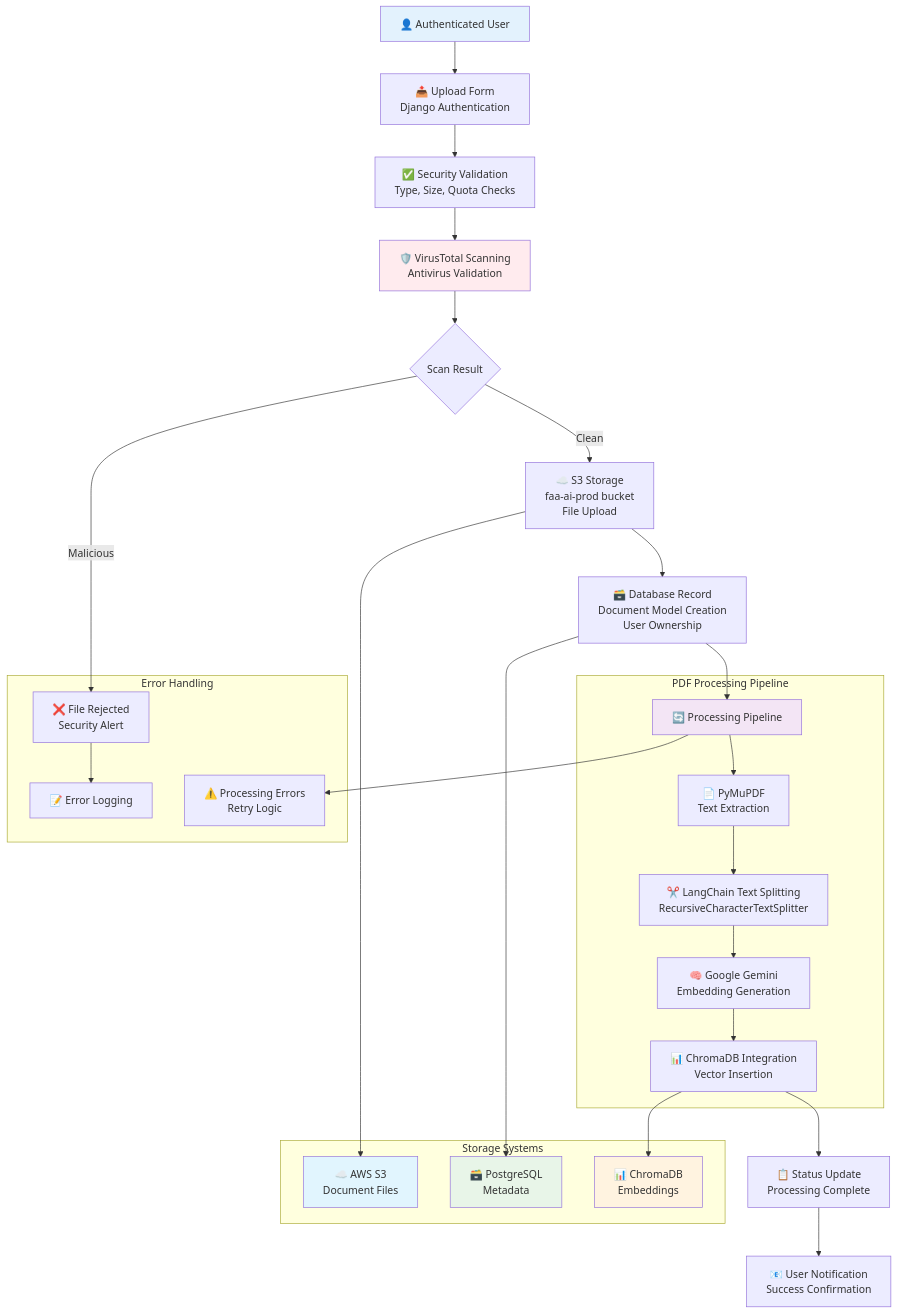
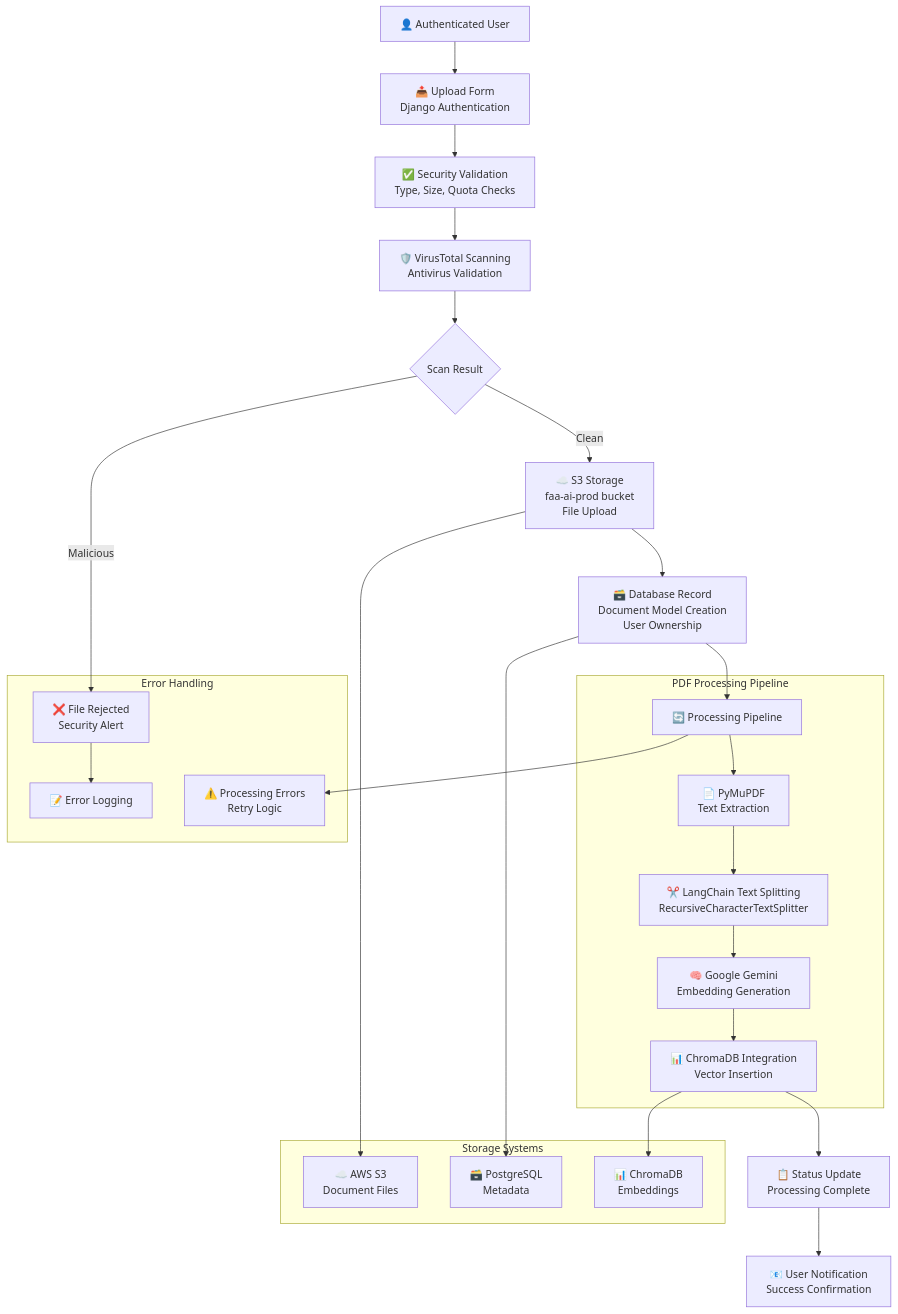
Before and after one commit to beirern/Personal-Website: the fifth of 5 diagrams in src/content/posts/aviation-docs-project.md, drawn with Mermaid. The commit also changed other lines of this file and 1 other file, not shown here.

Commit message:
Remove old project and fix diagram contrast

````diff
--- a/src/content/posts/aviation-docs-project.md
+++ b/src/content/posts/aviation-docs-project.md
@@ -216,47 +197,41 @@
 ```mermaid
 graph TD
     User["👤 Authenticated User"] --> UploadForm["📤 Upload Form<br/>Django Authentication"]
     UploadForm --> FileValidation["✅ Security Validation<br/>Type, Size, Quota Checks"]
 
     FileValidation --> VirusScan["🛡️ VirusTotal Scanning<br/>Antivirus Validation"]
     VirusScan --> ScanResult{Scan Result}
 
     ScanResult -->|Clean| S3Upload["☁️ S3 Storage<br/>faa-ai-prod bucket<br/>File Upload"]
     ScanResult -->|Malicious| Reject["❌ File Rejected<br/>Security Alert"]
 
     S3Upload --> DBRecord["🗃️ Database Record<br/>Document Model Creation<br/>User Ownership"]
 
     DBRecord --> ProcessPipeline["🔄 Processing Pipeline"]
 
     subgraph "PDF Processing Pipeline"
         ProcessPipeline --> PyMuPDF["📄 PyMuPDF<br/>Text Extraction"]
         PyMuPDF --> TextSplit["✂️ LangChain Text Splitting<br/>RecursiveCharacterTextSplitter"]
         TextSplit --> EmbedGen["🧠 Google Gemini<br/>Embedding Generation"]
         EmbedGen --> VectorStore["📊 ChromaDB Integration<br/>Vector Insertion"]
     end
 
     VectorStore --> StatusUpdate["📋 Status Update<br/>Processing Complete"]
     StatusUpdate --> UserNotify["📧 User Notification<br/>Success Confirmation"]
 
     subgraph "Storage Systems"
         S3["☁️ AWS S3<br/>Document Files"]
         DB["🗃️ PostgreSQL<br/>Metadata"]
         Vector["📊 ChromaDB<br/>Embeddings"]
     end
 
     S3Upload --> S3
     DBRecord --> DB
     VectorStore --> Vector
 
     subgraph "Error Handling"
         Reject --> ErrorLog["📝 Error Logging"]
         ProcessPipeline --> ErrorHandler["⚠️ Processing Errors<br/>Retry Logic"]
     end
 
-    style User fill:#e3f2fd
-    style VirusScan fill:#ffebee
-    style ProcessPipeline fill:#f3e5f5
-    style S3 fill:#e1f5fe
-    style DB fill:#e8f5e8
-    style Vector fill:#fff3e0
 ```
````
